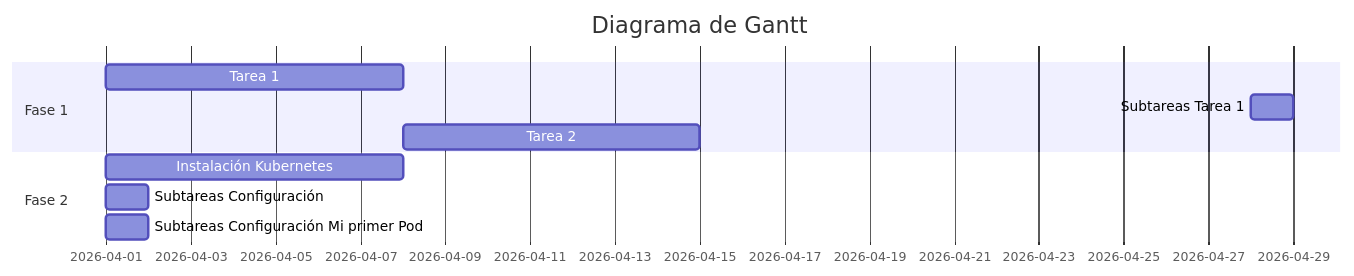
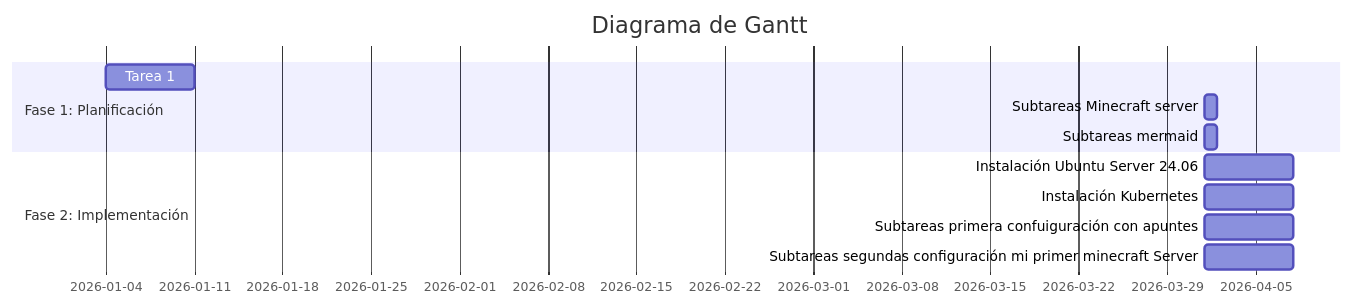
The second of 2 diagrams in README.md (pabnaviva/minecraft), drawn with Mermaid before and after one commit.

````diff
--- a/README.md
+++ b/README.md
@@ -21,13 +21,14 @@
 ```mermaid
 gantt
     title Diagrama de Gantt
     dateFormat DD-MM-YYYY
-    section Fase 1
-        Tarea 1                                        :a1, 01-04-2026, 7d
-        Subtareas Tarea 1                              :after 01-04-2026, 1d
-        Tarea 2                                        :after a1, 7d
-    section Fase 2
-        Instalación Kubernetes                         :01-04-2026, 7d
-        Subtareas Configuración                        :01-04-2026, 1d
-        Subtareas Configuración Mi primer Pod          :01-04-2026, 1d
+    section Fase 1: Planificación
+        Tarea 1: Diagrama de gantt                     :01-04-2026, 7d
+        Subtareas Minecraft server                     :01-04-2026, 1d
+        Subtareas mermaid                              :01-04-2026, 1d
+    section Fase 2: Implementación
+        Instalación Ubuntu Server 24.06                                   :01-04-2026, 7d
+        Instalación Kubernetes                                            :01-04-2026, 7d
+        Subtareas primera confuiguración con apuntes                      :01-04-2026, 7d
+        Subtareas segundas configuración mi primer minecraft Server       :01-04-2026, 7d
 ```
````
